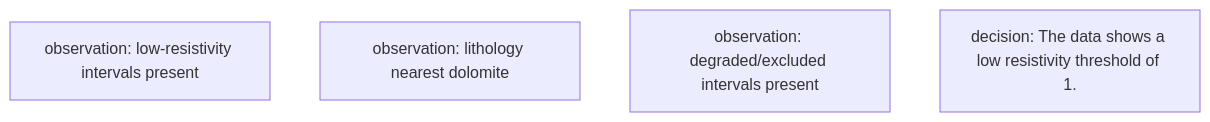
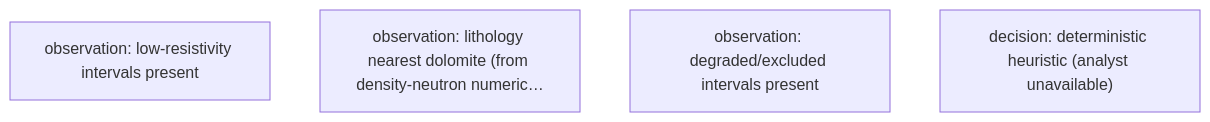
One commit to OilCoder/petro-agent changed the diagram in documentation/sample_reports/v2/report_llama31_8b.md. Above: the diagram before and after it, drawn with Mermaid. The commit also changed other lines of this file and 10 other files, not shown here.

````diff
--- a/documentation/sample_reports/v2/report_llama31_8b.md
+++ b/documentation/sample_reports/v2/report_llama31_8b.md
@@ -160,7 +387,7 @@
 ```mermaid
 flowchart TD
     obs_1["observation: low-resistivity intervals present"]
-    obs_2["observation: lithology nearest dolomite"]
+    obs_2["observation: lithology nearest dolomite (from density-neutron numeric…"]
     obs_3["observation: degraded/excluded intervals present"]
-    dec_1["decision: The data shows a low resistivity threshold of 1."]
+    dec_1["decision: deterministic heuristic (analyst unavailable)"]
 ```
````
